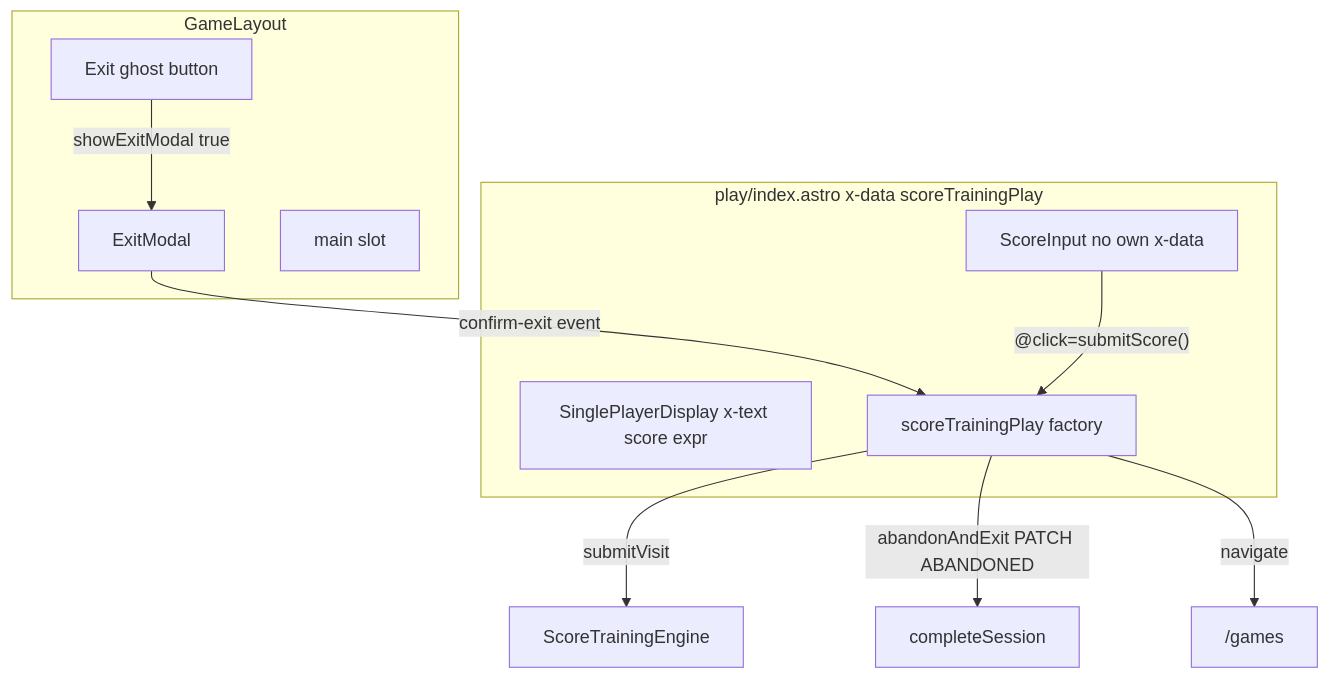
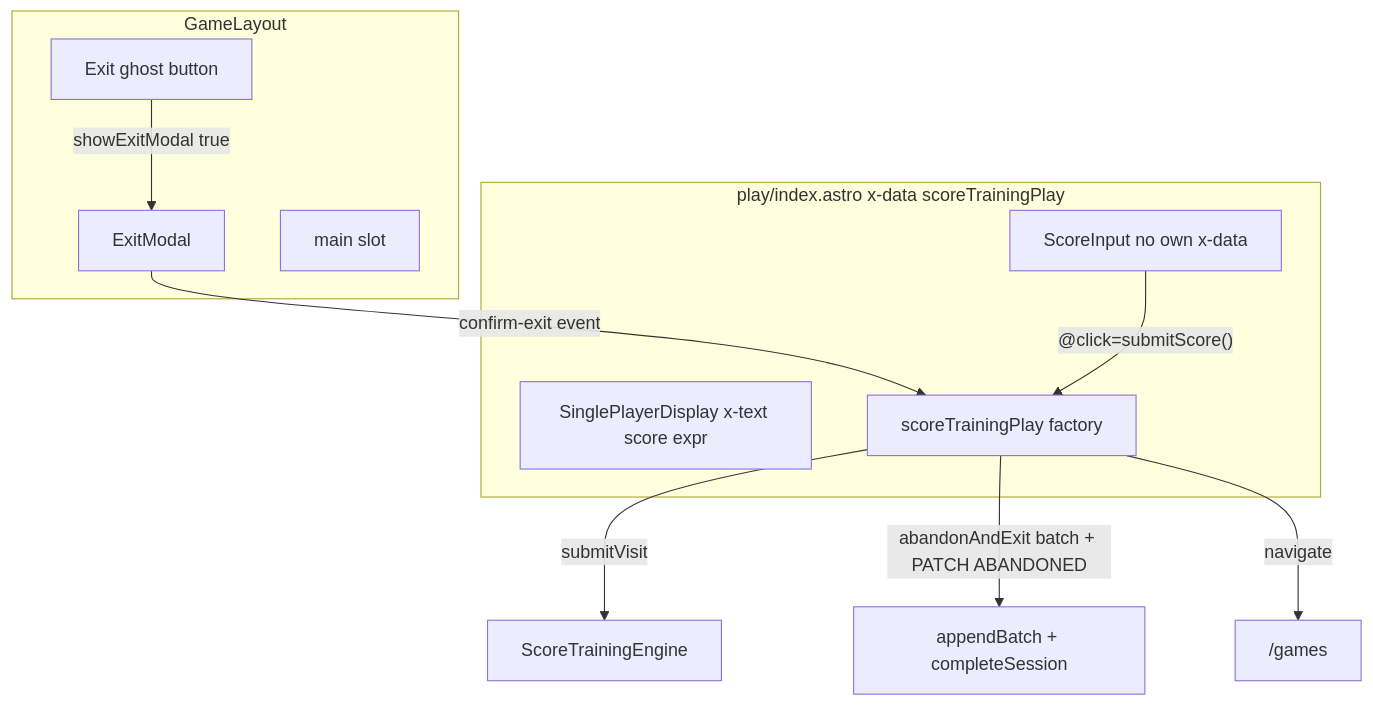
Before and after one commit to levibroeksma/dart-analytics: the diagram in docs/superpowers/specs/2026-07-21-score-training-play-ui-design.md, drawn with Mermaid. The commit also changed other lines of this file and 2 other files, not shown here.

````diff
--- a/docs/superpowers/specs/2026-07-21-score-training-play-ui-design.md
+++ b/docs/superpowers/specs/2026-07-21-score-training-play-ui-design.md
@@ -62,21 +63,21 @@
 ```mermaid
 flowchart TB
   subgraph layout [GameLayout]
     ExitBtn[Exit ghost button]
     ExitModal[ExitModal]
     MainSlot[main slot]
   end
 
   subgraph play [play/index.astro x-data scoreTrainingPlay]
     Display[SinglePlayerDisplay x-text score expr]
     Input[ScoreInput no own x-data]
     Factory[scoreTrainingPlay factory]
   end
 
   ExitBtn -->|showExitModal true| ExitModal
   ExitModal -->|confirm-exit event| Factory
   Input -->|"@click=submitScore()"| Factory
   Factory -->|submitVisit| Engine[ScoreTrainingEngine]
-  Factory -->|abandonAndExit PATCH ABANDONED| API[completeSession]
+  Factory -->|abandonAndExit batch + PATCH ABANDONED| API[appendBatch + completeSession]
   Factory -->|navigate| GamesHub["/games"]
 ```
````
